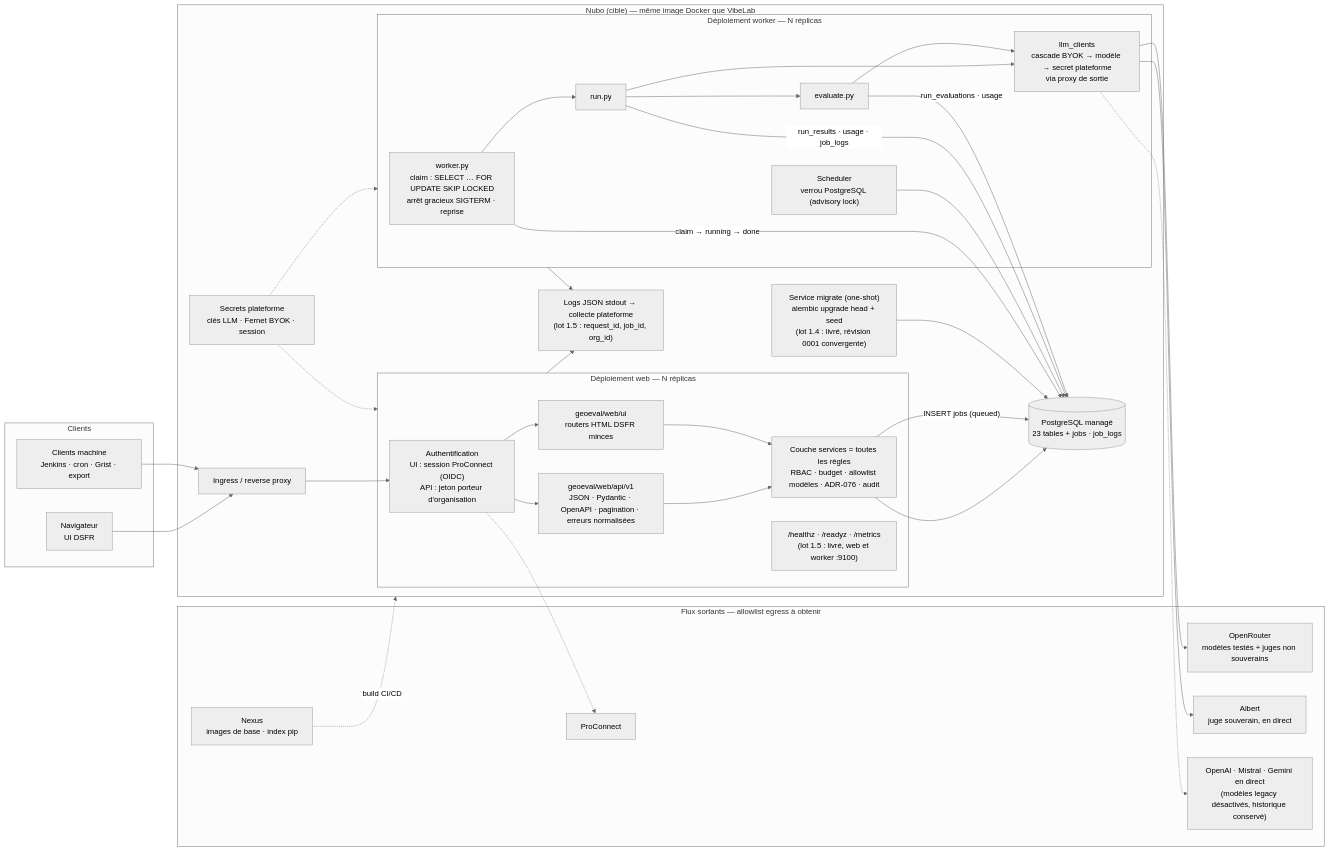
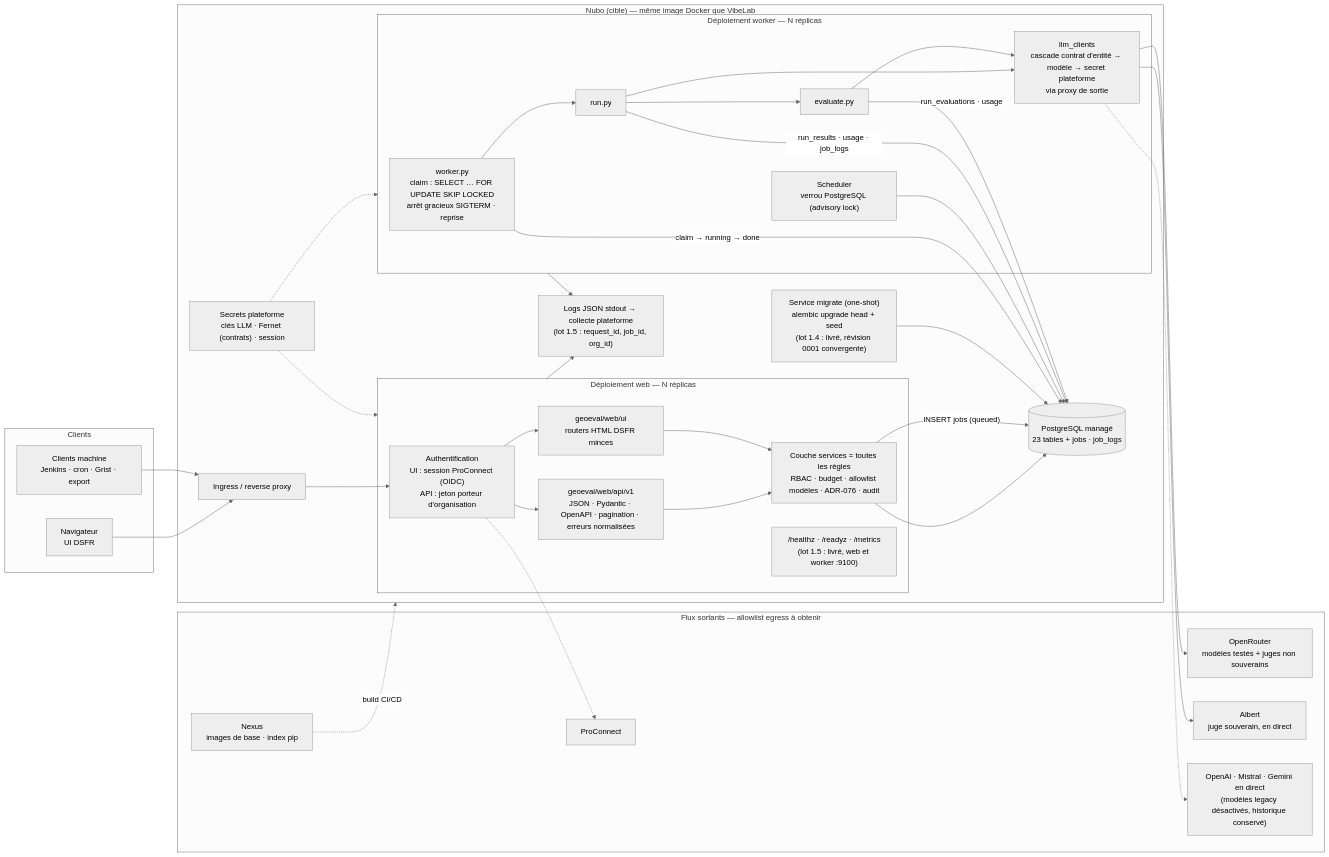
The second of 3 diagrams in docs/architecture.md (bmatge/GEOeval), drawn with Mermaid (neutral theme) before and after one commit. The commit also changed other lines of this file and 32 other files, not shown here.

````diff
--- a/docs/architecture.md
+++ b/docs/architecture.md
@@ -77,64 +77,64 @@
 ```mermaid
 flowchart LR
   subgraph Clients
     U["Navigateur<br/>UI DSFR"]
     M["Clients machine<br/>Jenkins · cron · Grist · export"]
   end
 
   subgraph Nubo["Nubo (cible) — même image Docker que VibeLab"]
     ING["Ingress / reverse proxy"]
     subgraph WEB["Déploiement web — N réplicas"]
       AUTH["Authentification<br/>UI : session ProConnect (OIDC)<br/>API : jeton porteur d'organisation"]
       API["geoeval/web/api/v1<br/>JSON · Pydantic · OpenAPI · pagination · erreurs normalisées"]
       UI["geoeval/web/ui<br/>routers HTML DSFR minces"]
       SVC["Couche services = toutes les règles<br/>RBAC · budget · allowlist modèles · ADR-076 · audit"]
       HZ["/healthz · /readyz · /metrics<br/>(lot 1.5 : livré, web et worker :9100)"]
     end
     subgraph WK["Déploiement worker — N réplicas"]
       W["worker.py<br/>claim : SELECT … FOR UPDATE SKIP LOCKED<br/>arrêt gracieux SIGTERM · reprise"]
       SCH["Scheduler<br/>verrou PostgreSQL (advisory lock)"]
       RUN["run.py"]
       EVAL["evaluate.py"]
-      LLMC["llm_clients<br/>cascade BYOK → modèle → secret plateforme<br/>via proxy de sortie"]
+      LLMC["llm_clients<br/>cascade contrat d'entité → modèle → secret plateforme<br/>via proxy de sortie"]
     end
     MIG["Service migrate (one-shot)<br/>alembic upgrade head + seed<br/>(lot 1.4 : livré, révision 0001 convergente)"]
     DB[("PostgreSQL managé<br/>23 tables + jobs · job_logs")]
-    SEC["Secrets plateforme<br/>clés LLM · Fernet BYOK · session"]
+    SEC["Secrets plateforme<br/>clés LLM · Fernet (contrats) · session"]
     LOGS["Logs JSON stdout → collecte plateforme<br/>(lot 1.5 : request_id, job_id, org_id)"]
   end
 
   subgraph EXT["Flux sortants — allowlist egress à obtenir"]
     OR["OpenRouter<br/>modèles testés + juges non souverains"]
     ALB["Albert<br/>juge souverain, en direct"]
     LEG["OpenAI · Mistral · Gemini en direct<br/>(modèles legacy désactivés, historique conservé)"]
     PC["ProConnect"]
     NEX["Nexus<br/>images de base · index pip"]
   end
 
   U --> ING
   M --> ING
   ING --> AUTH
   AUTH --> API
   AUTH --> UI
   API --> SVC
   UI --> SVC
   SVC --> DB
   SVC -->|"INSERT jobs (queued)"| DB
   W -->|"claim → running → done"| DB
   SCH --> DB
   W --> RUN --> EVAL
   RUN --> LLMC
   EVAL --> LLMC
   LLMC --> OR
   LLMC --> ALB
   LLMC -.-> LEG
   RUN -->|"run_results · usage · job_logs"| DB
   EVAL -->|"run_evaluations · usage"| DB
   MIG --> DB
   AUTH -.-> PC
   SEC -.-> WEB
   SEC -.-> WK
   WEB --> LOGS
   WK --> LOGS
   NEX -.->|"build CI/CD"| Nubo
 ```
````
